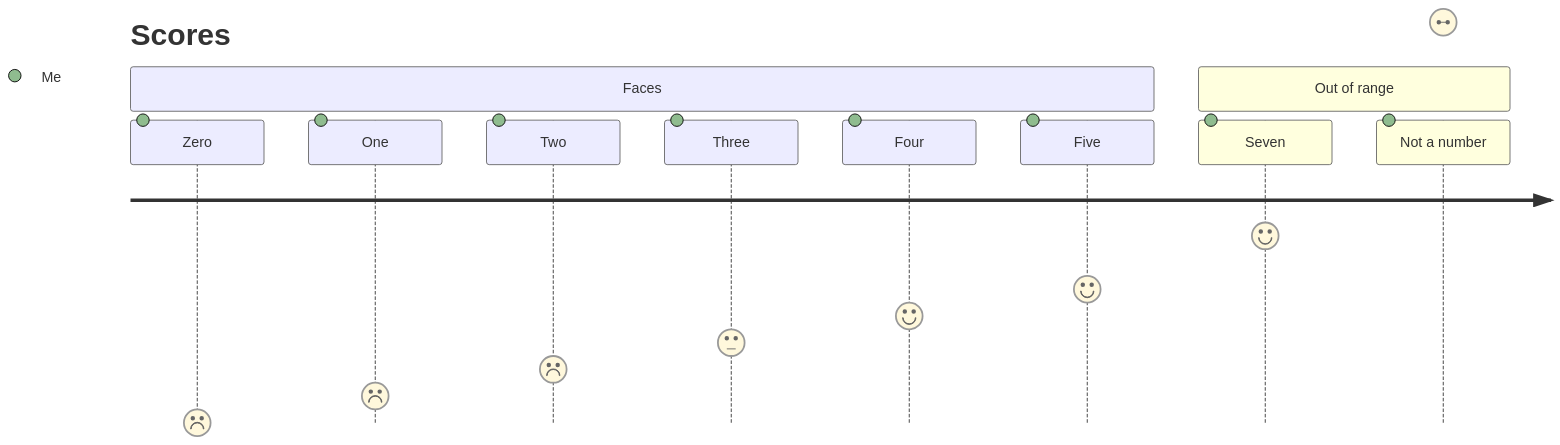
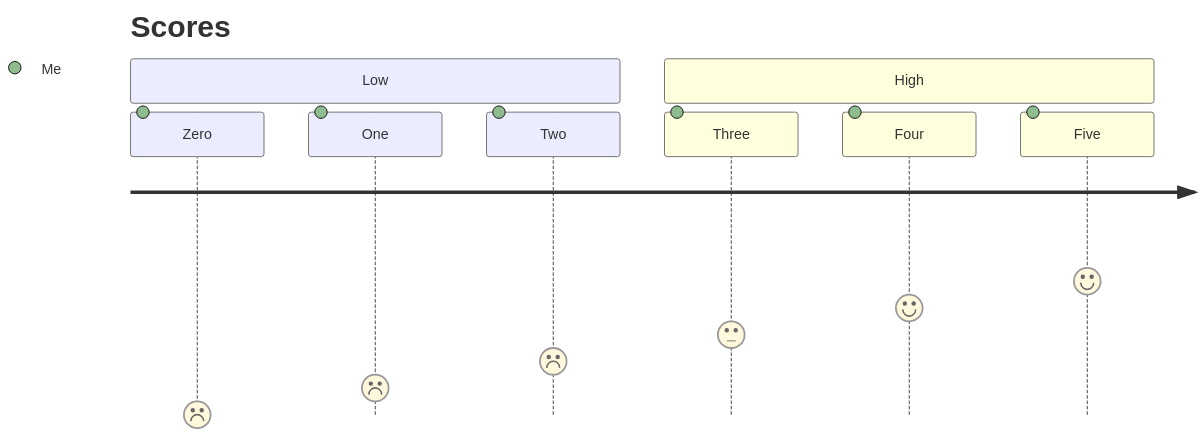
The diagram in e2e/diagrams/journey/baseline/scores/faces.mmd (mermaid-js/mermaid-v13), drawn with Mermaid before and after one commit. The commit also changed 3 other files, not shown here.

```diff
--- a/e2e/diagrams/journey/baseline/scores/faces.mmd
+++ b/e2e/diagrams/journey/baseline/scores/faces.mmd
@@ -1,17 +1,16 @@
 ---
 description: >-
-  Every face: scores 0 to 5 (sad, flat at 3, smile), a score of 7 drawn at 5 and a score that
-  is not a number drawn at 3 with a flat mouth, each with one JOURNEY_SCORE warning (D226).
+  Every face: scores 0 to 5, sad below 3, flat at 3 and smiling above, each at
+  300 + (5 - score) x 30 as in v12. Scores outside 0-5 warn (D226), so they are covered by the
+  unit specs and title-styling.mmd rather than a baseline.
 ---
 journey
   title Scores
-  section Faces
+  section Low
     Zero: 0: Me
     One: 1: Me
     Two: 2: Me
+  section High
     Three: 3: Me
     Four: 4: Me
     Five: 5: Me
-  section Out of range
-    Seven: 7: Me
-    Not a number: 2rem: Me
```
